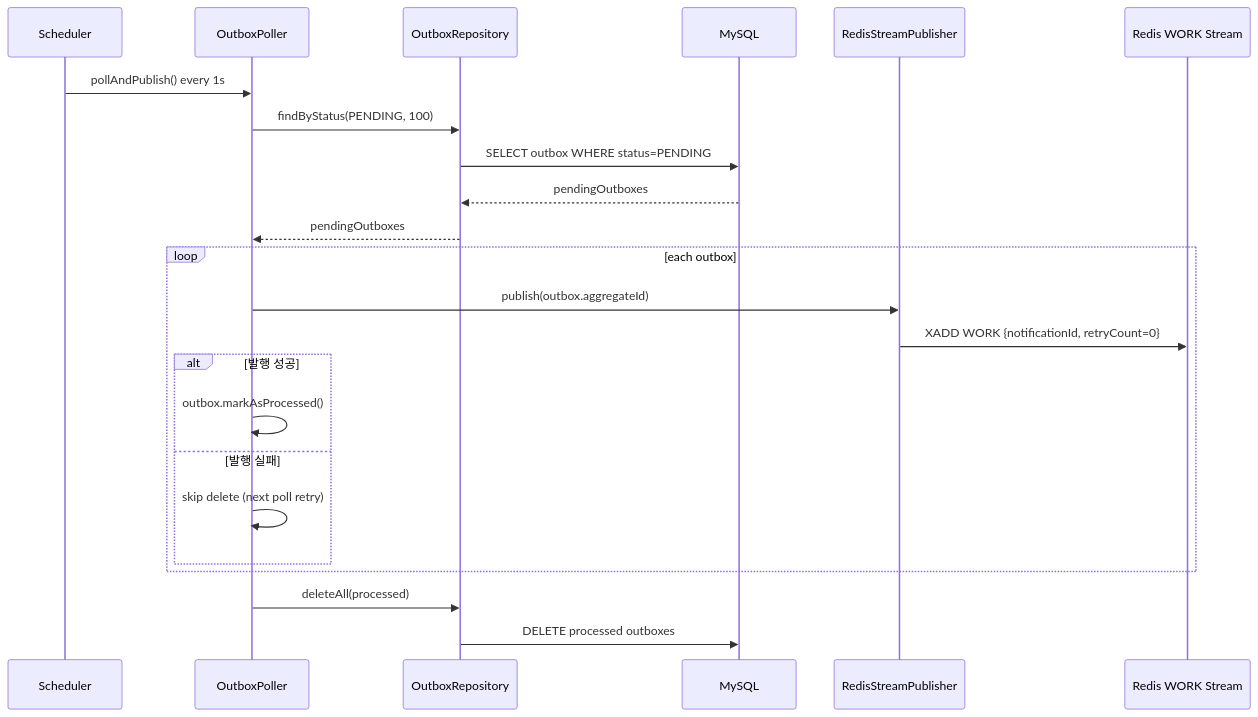
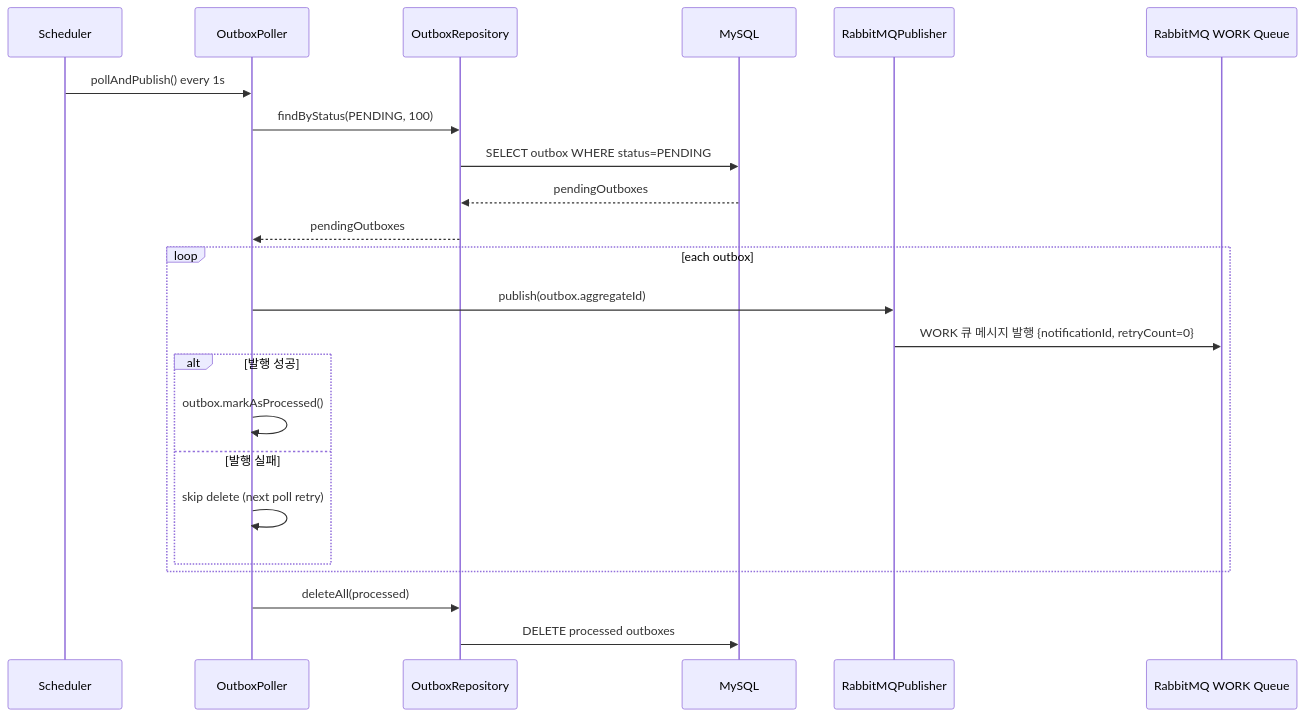
Before and after one commit to yht0827/notification-dispatcher: the second of 5 diagrams in docs/02-sequence-diagrams.md, drawn with Mermaid. The commit also changed other lines of this file and 7 other files, not shown here.

Commit message:
chore: 메시징 로직을 Redis Stream에서 RabbitMQ로 전환, 관련 클래스 및 테스트 리팩토링, 문서 업데이트

````diff
--- a/docs/02-sequence-diagrams.md
+++ b/docs/02-sequence-diagrams.md
@@ -61,28 +61,28 @@
 ```mermaid
 sequenceDiagram
     participant S as Scheduler
     participant OP as OutboxPoller
     participant OR as OutboxRepository
     participant DB as MySQL
-    participant PUB as RedisStreamPublisher
-    participant RS as Redis WORK Stream
+    participant PUB as RabbitMQPublisher
+    participant RS as RabbitMQ WORK Queue
 
     S->>OP: pollAndPublish() every 1s
     OP->>OR: findByStatus(PENDING, 100)
     OR->>DB: SELECT outbox WHERE status=PENDING
     DB-->>OR: pendingOutboxes
     OR-->>OP: pendingOutboxes
 
     loop each outbox
         OP->>PUB: publish(outbox.aggregateId)
-        PUB->>RS: XADD WORK {notificationId, retryCount=0}
+        PUB->>RS: WORK 큐 메시지 발행 {notificationId, retryCount=0}
         alt 발행 성공
             OP->>OP: outbox.markAsProcessed()
         else 발행 실패
             OP->>OP: skip delete (next poll retry)
         end
     end
 
     OP->>OR: deleteAll(processed)
     OR->>DB: DELETE processed outboxes
 ```
````
